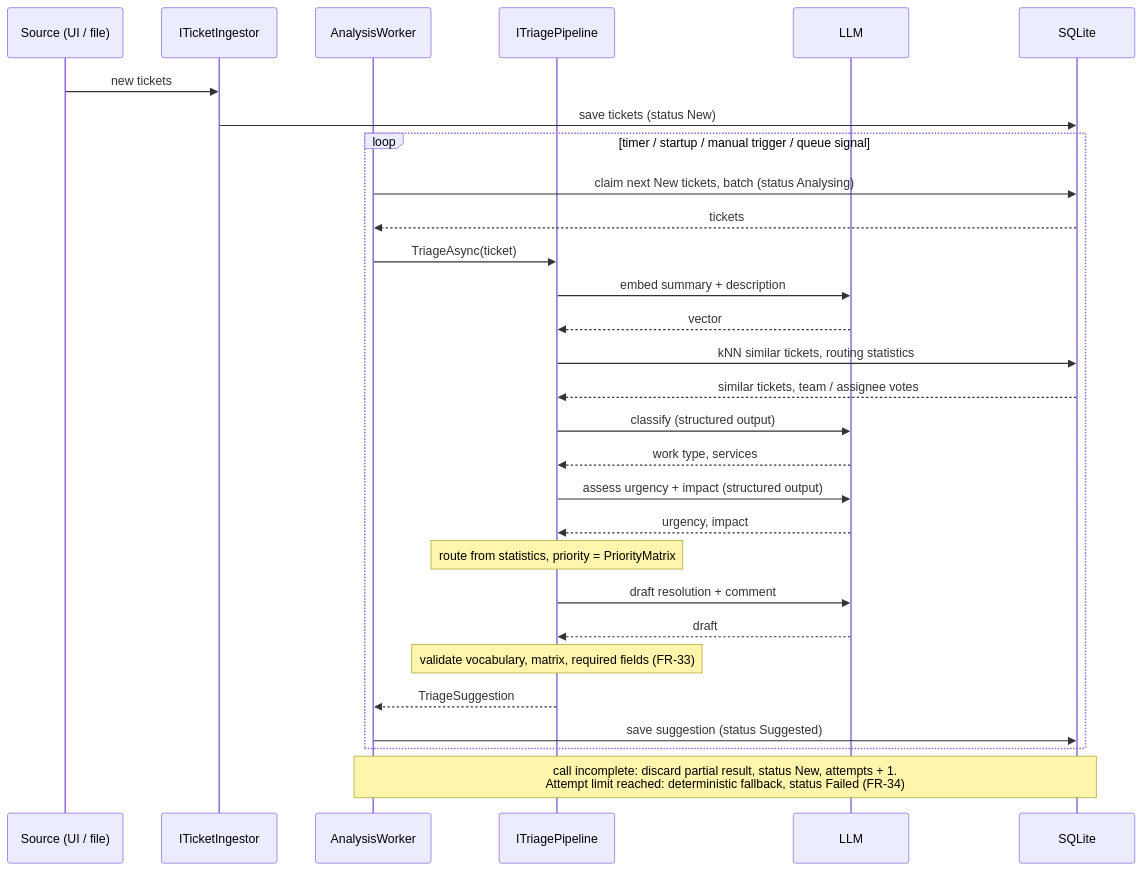
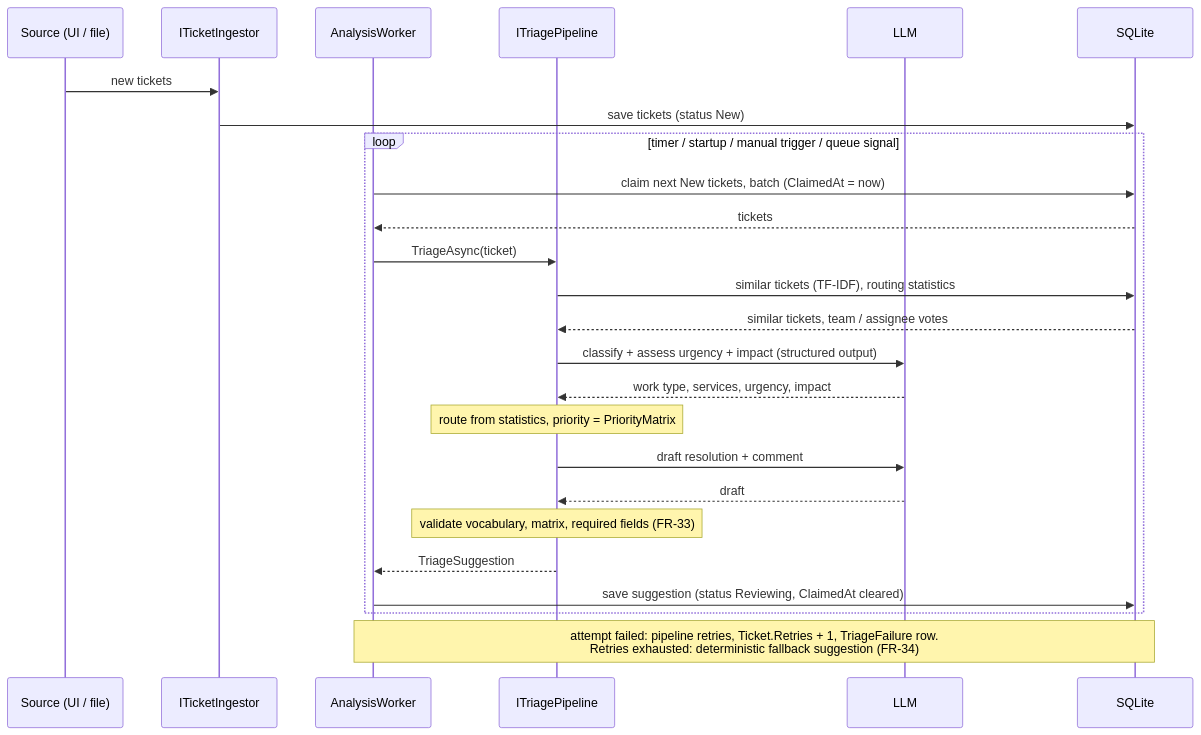
One commit to githubfawu/TriAIge changed the sixth of 7 diagrams in docs/architecture.md. Above: the diagram before and after it, drawn with Mermaid. The commit also changed other lines of this file and 51 other files, not shown here.

````diff
--- a/docs/architecture.md
+++ b/docs/architecture.md
@@ -168,32 +182,28 @@
 ```mermaid
 sequenceDiagram
     participant S as Source (UI / file)
     participant I as ITicketIngestor
     participant W as AnalysisWorker
     participant P as ITriagePipeline
     participant L as LLM
     participant D as SQLite
 
     S->>I: new tickets
     I->>D: save tickets (status New)
     loop timer / startup / manual trigger / queue signal
-        W->>D: claim next New tickets, batch (status Analysing)
+        W->>D: claim next New tickets, batch (ClaimedAt = now)
         D-->>W: tickets
         W->>P: TriageAsync(ticket)
-        P->>L: embed summary + description
-        L-->>P: vector
-        P->>D: kNN similar tickets, routing statistics
+        P->>D: similar tickets (TF-IDF), routing statistics
         D-->>P: similar tickets, team / assignee votes
-        P->>L: classify (structured output)
-        L-->>P: work type, services
-        P->>L: assess urgency + impact (structured output)
-        L-->>P: urgency, impact
+        P->>L: classify + assess urgency + impact (structured output)
+        L-->>P: work type, services, urgency, impact
         Note over P: route from statistics, priority = PriorityMatrix
         P->>L: draft resolution + comment
         L-->>P: draft
         Note over P: validate vocabulary, matrix, required fields (FR-33)
         P-->>W: TriageSuggestion
-        W->>D: save suggestion (status Suggested)
+        W->>D: save suggestion (status Reviewing, ClaimedAt cleared)
     end
-    Note over W,D: call incomplete: discard partial result, status New, attempts + 1.<br/>Attempt limit reached: deterministic fallback, status Failed (FR-34)
+    Note over W,D: attempt failed: pipeline retries, Ticket.Retries + 1, TriageFailure row.<br/>Retries exhausted: deterministic fallback suggestion (FR-34)
 ```
````
